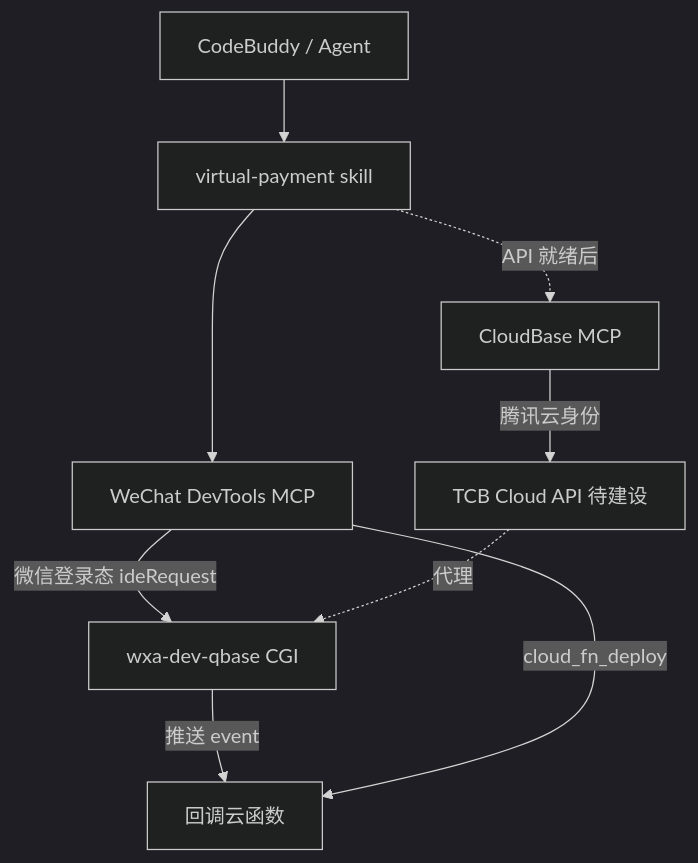
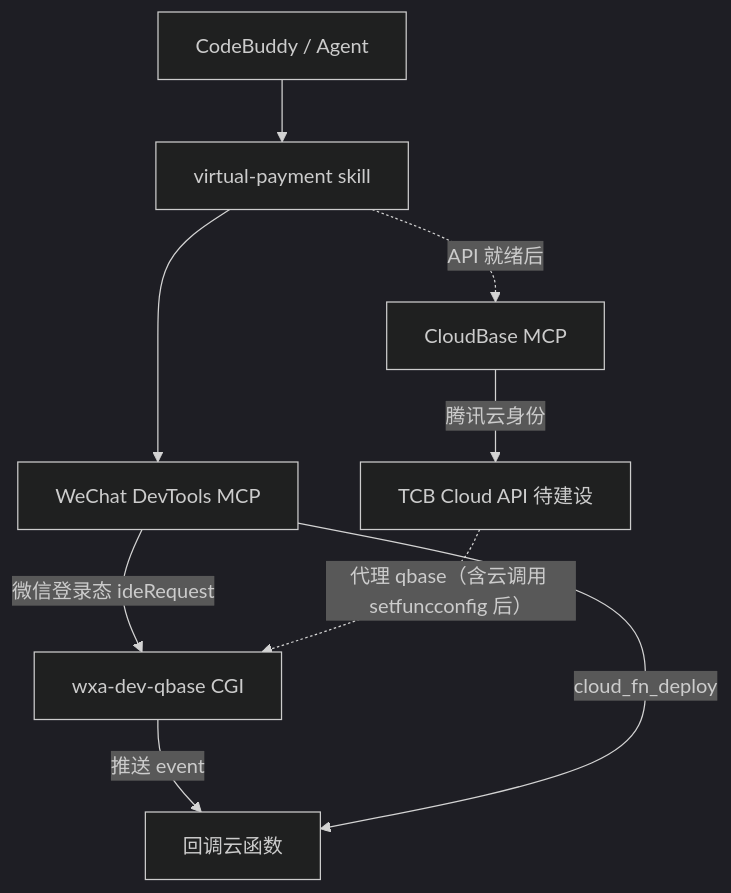
One commit to TencentCloudBase/CloudBase-AI-Toolkit changed the diagram in specs/virtual-payment-mcp/design.md. Above: the diagram before and after it, drawn with Mermaid (dark theme). The commit also changed other lines of this file and 3 other files, not shown here.

````diff
--- a/specs/virtual-payment-mcp/design.md
+++ b/specs/virtual-payment-mcp/design.md
@@ -11,19 +11,19 @@
 ```mermaid
 flowchart TB
   Agent[CodeBuddy / Agent]
   Skill[virtual-payment skill]
   IDEMCP[WeChat DevTools MCP]
   CBMCP[CloudBase MCP]
   QBase[wxa-dev-qbase CGI]
   TCB[TCB Cloud API 待建设]
   SCF[回调云函数]
 
   Agent --> Skill
   Skill --> IDEMCP
   Skill -.->|API 就绪后| CBMCP
   IDEMCP -->|微信登录态 ideRequest| QBase
   CBMCP -->|腾讯云身份| TCB
-  TCB -.->|代理| QBase
+  TCB -.->|代理 qbase（含云调用 setfuncconfig 后）| QBase
   QBase -->|推送 event| SCF
   IDEMCP -->|cloud_fn_deploy| SCF
 ```
````
